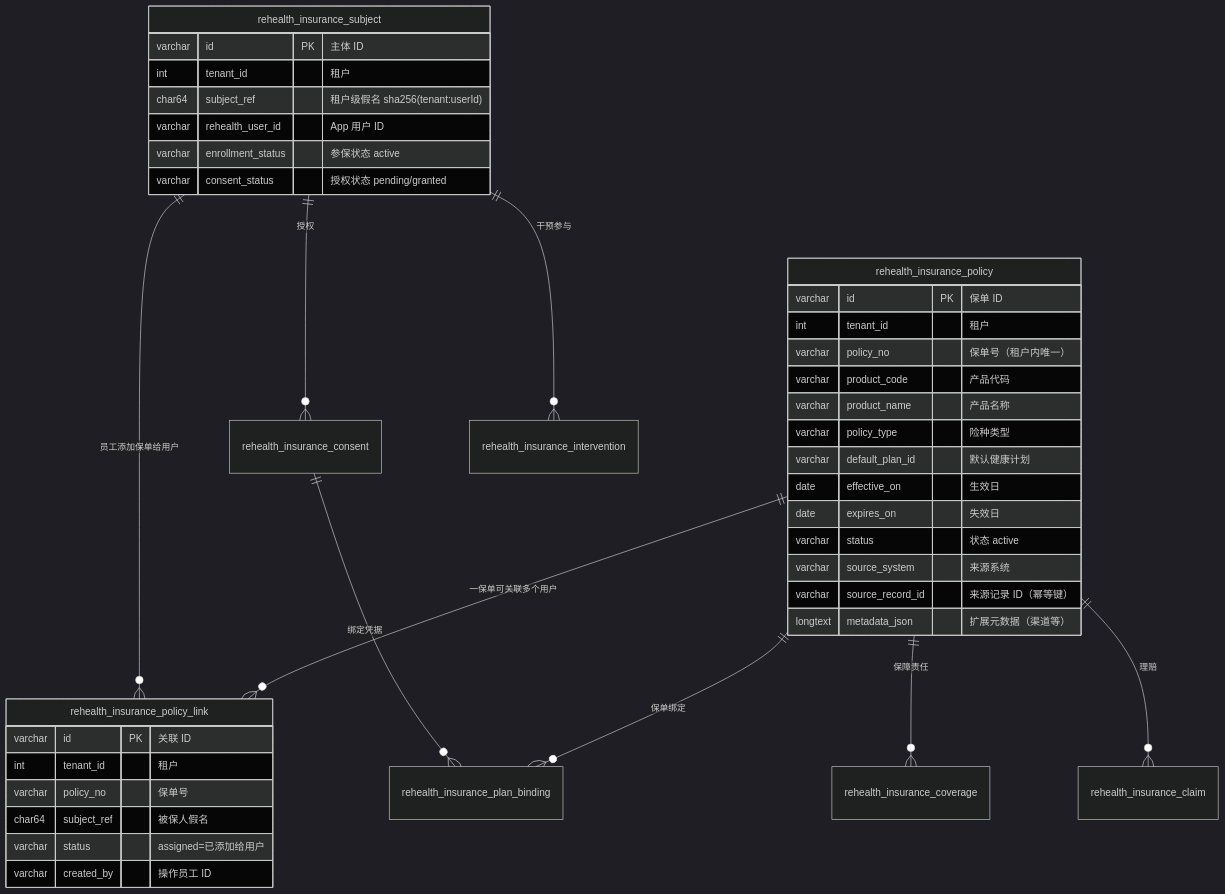
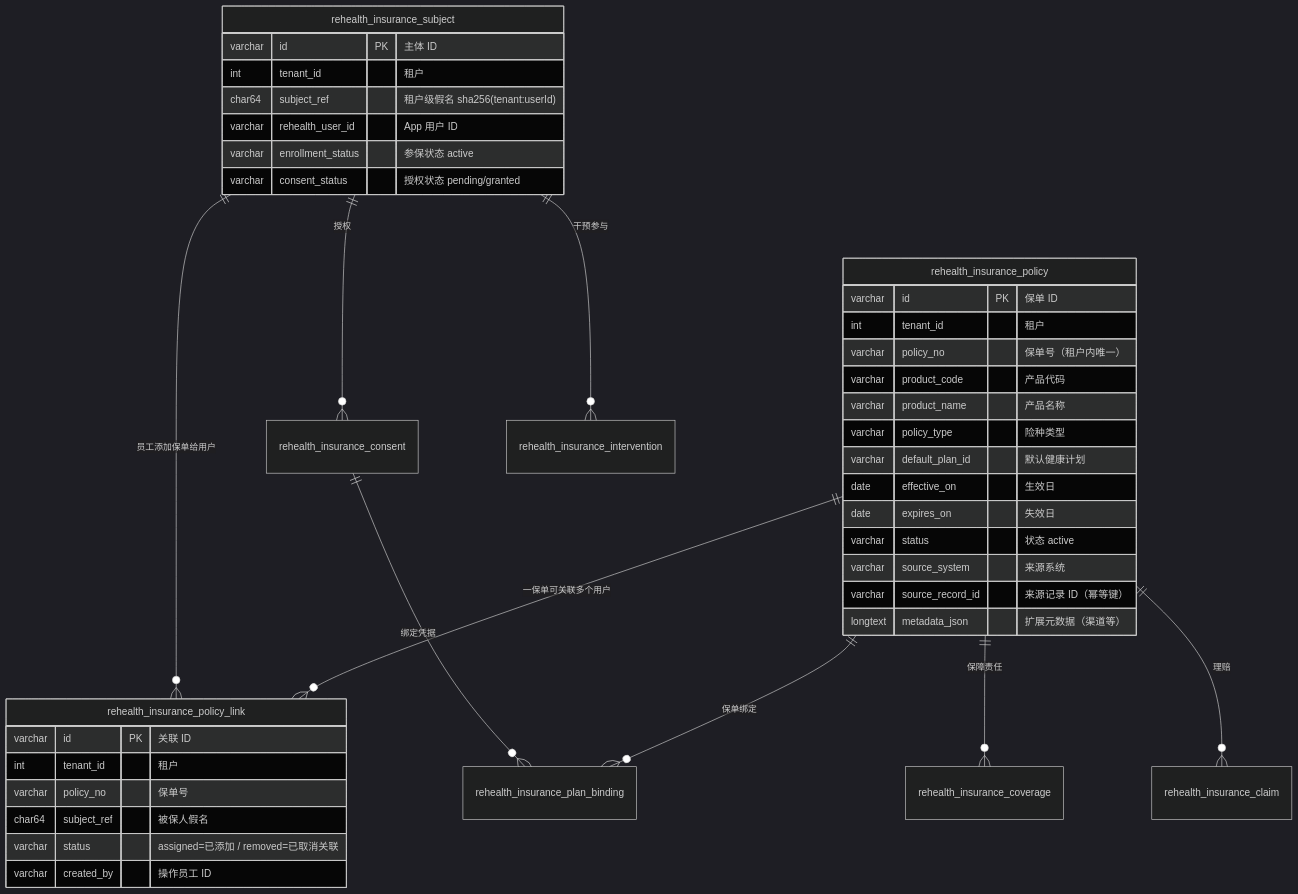
The first of 5 diagrams in docs/保险侧保单数据设计.md (wjmlong/rehealth_tongbu), drawn with Mermaid (dark theme) before and after one commit. The commit also changed other lines of this file and 6 other files, not shown here.

````diff
--- a/docs/保险侧保单数据设计.md
+++ b/docs/保险侧保单数据设计.md
@@ -10,43 +10,43 @@
 ```mermaid
 erDiagram
     rehealth_insurance_subject ||--o{ rehealth_insurance_policy_link : "员工添加保单给用户"
     rehealth_insurance_policy ||--o{ rehealth_insurance_policy_link : "一保单可关联多个用户"
     rehealth_insurance_policy ||--o{ rehealth_insurance_coverage : "保障责任"
     rehealth_insurance_policy ||--o{ rehealth_insurance_claim : "理赔"
     rehealth_insurance_subject ||--o{ rehealth_insurance_consent : "授权"
     rehealth_insurance_consent ||--o{ rehealth_insurance_plan_binding : "绑定凭据"
     rehealth_insurance_policy ||--o{ rehealth_insurance_plan_binding : "保单绑定"
     rehealth_insurance_subject ||--o{ rehealth_insurance_intervention : "干预参与"
 
     rehealth_insurance_subject {
         varchar id PK "主体 ID"
         int tenant_id "租户"
         char64 subject_ref "租户级假名 sha256(tenant:userId)"
         varchar rehealth_user_id "App 用户 ID"
         varchar enrollment_status "参保状态 active"
         varchar consent_status "授权状态 pending/granted"
     }
     rehealth_insurance_policy {
         varchar id PK "保单 ID"
         int tenant_id "租户"
         varchar policy_no "保单号（租户内唯一）"
         varchar product_code "产品代码"
         varchar product_name "产品名称"
         varchar policy_type "险种类型"
         varchar default_plan_id "默认健康计划"
         date effective_on "生效日"
         date expires_on "失效日"
         varchar status "状态 active"
         varchar source_system "来源系统"
         varchar source_record_id "来源记录 ID（幂等键）"
         longtext metadata_json "扩展元数据（渠道等）"
     }
     rehealth_insurance_policy_link {
         varchar id PK "关联 ID"
         int tenant_id "租户"
         varchar policy_no "保单号"
         char64 subject_ref "被保人假名"
-        varchar status "assigned=已添加给用户"
+        varchar status "assigned=已添加 / removed=已取消关联"
         varchar created_by "操作员工 ID"
     }
 ```
````
